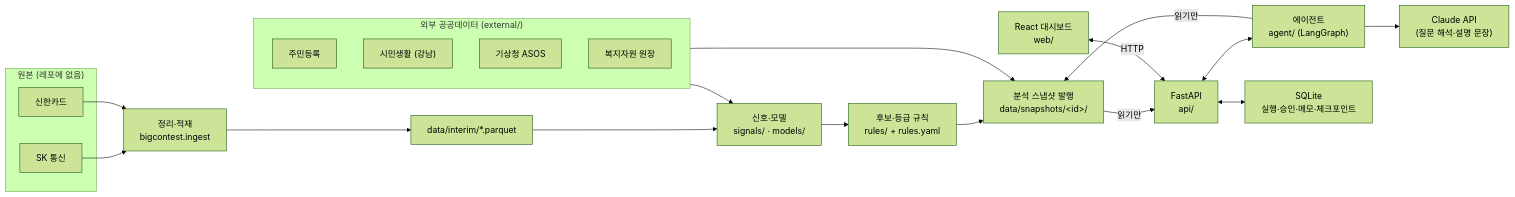
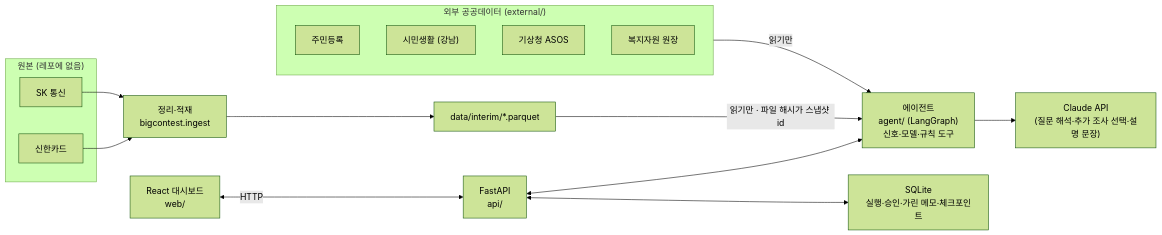
Before and after one commit to taeyeon715/BigDataContest_social-isolation-LINK-Radar: the diagram in docs/아키텍처.md, drawn with Mermaid (forest theme). The commit also changed other lines of this file and 23 other files, not shown here.

````diff
--- a/docs/아키텍처.md
+++ b/docs/아키텍처.md
@@ -7,27 +7,22 @@
 ```mermaid
 flowchart LR
     subgraph RAW["원본 (레포에 없음)"]
         T["SK 통신"]
         K["신한카드"]
     end
     subgraph EXT["외부 공공데이터 (external/)"]
         R["주민등록"]
         SL["시민생활 (강남)"]
         WX["기상청 ASOS"]
         RS["복지자원 원장"]
     end
     T --> ING["정리·적재<br/>bigcontest.ingest"]
     K --> ING
     ING --> INT["data/interim/*.parquet"]
-    INT --> SIG["신호·모델<br/>signals/ · models/"]
-    EXT --> SIG
-    SIG --> RUL["후보·등급 규칙<br/>rules/ + rules.yaml"]
-    RUL --> SNAP["분석 스냅샷 발행<br/>data/snapshots/&lt;id&gt;/"]
-    EXT --> SNAP
-    SNAP -->|읽기만| API["FastAPI<br/>api/"]
-    API <--> AG["에이전트<br/>agent/ (LangGraph)"]
-    AG -->|읽기만| SNAP
-    API <--> DB["SQLite<br/>실행·승인·메모·체크포인트"]
-    AG --> LLM["Claude API<br/>(질문 해석·설명 문장)"]
+    INT -->|"읽기만 · 파일 해시가 스냅샷 id"| AG["에이전트<br/>agent/ (LangGraph)<br/>신호·모델·규칙 도구"]
+    EXT -->|읽기만| AG
+    API["FastAPI<br/>api/"] <--> AG
+    API <--> DB["SQLite<br/>실행·승인·가린 메모·체크포인트"]
+    AG --> LLM["Claude API<br/>(질문 해석·추가 조사 선택·설명 문장)"]
     WEB["React 대시보드<br/>web/"] <-->|HTTP| API
 ```
````
